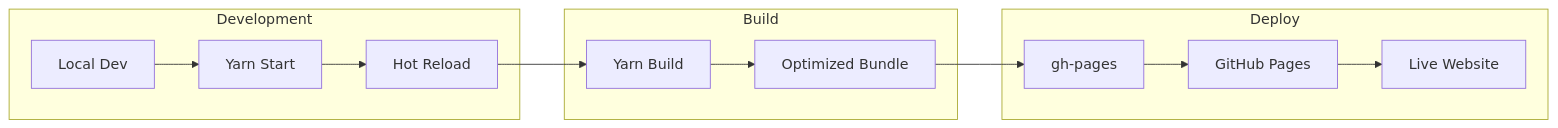
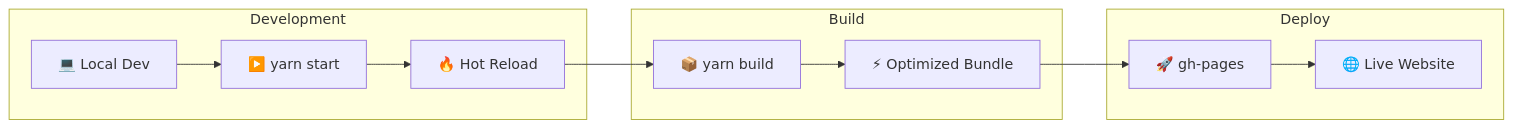
Before and after one commit to girishlade111/truvisory: the second of 2 diagrams in README.md, drawn with Mermaid. The commit also changed other lines of this file, not shown here.

Commit message:
docs: enhance README with emoji icons, updated descriptions, and improved Mermaid diagrams

````diff
--- a/README.md
+++ b/README.md
@@ -83,18 +90,18 @@
 ```mermaid
 flowchart LR
+    %% Workflow Steps
     subgraph Development
-        A1[Local Dev] --> A2[Yarn Start]
-        A2 --> A3[Hot Reload]
+        DevLocal["💻 Local Dev"] --> YarnStart["▶️ yarn start"]
+        YarnStart --> HotReload["🔥 Hot Reload"]
     end
 
     subgraph Build
-        A3 --> B1[Yarn Build]
-        B1 --> B2[Optimized Bundle]
+        HotReload --> YarnBuild["📦 yarn build"]
+        YarnBuild --> OptBundle["⚡ Optimized Bundle"]
     end
 
     subgraph Deploy
-        B2 --> C1[gh-pages]
-        C1 --> C2[GitHub Pages]
-        C2 --> C3[Live Website]
+        OptBundle --> GhPagesCmd["🚀 gh-pages"]
+        GhPagesCmd --> LiveSite["🌐 Live Website"]
     end
 ```
````
